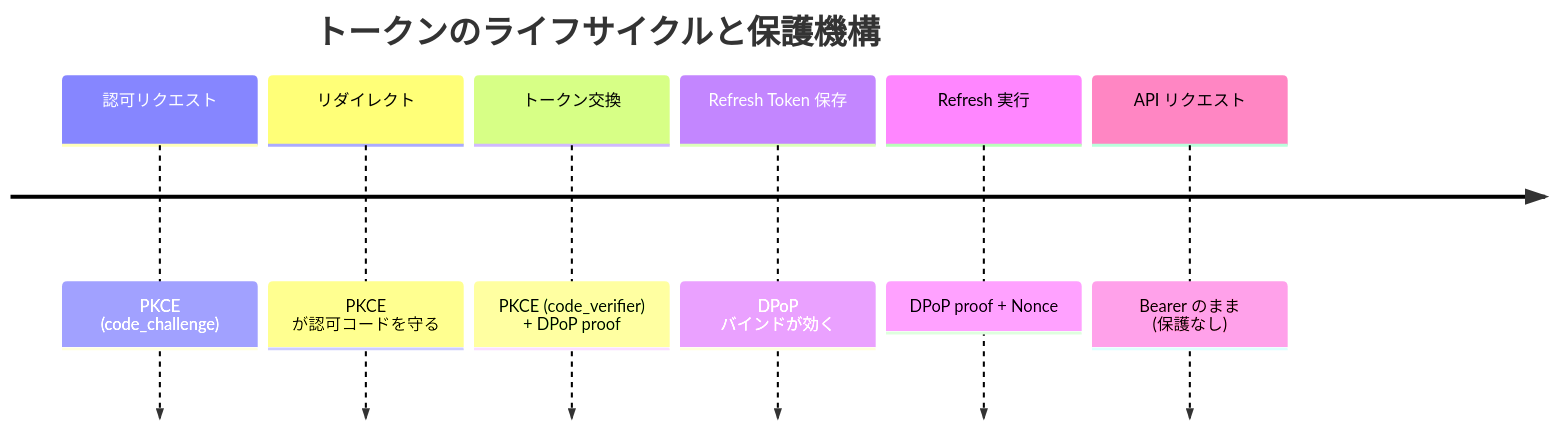
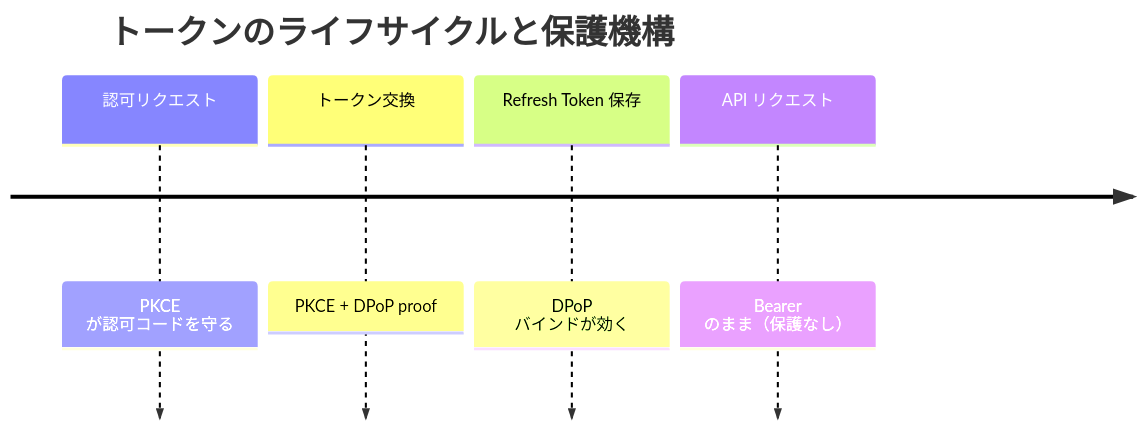
Before and after one commit to hirorogo/slides: the second of 2 diagrams in slides/slides/Google OAuthがDPoPに対応したらしいので検証してみる/draft.md, drawn with Mermaid. The commit also changed other lines of this file, not shown here.

````diff
--- a/slides/slides/Google OAuthがDPoPに対応したらしいので検証してみる/draft.md
+++ b/slides/slides/Google OAuthがDPoPに対応したらしいので検証してみる/draft.md
@@ -659,10 +341,8 @@
 ```mermaid
 timeline
     title トークンのライフサイクルと保護機構
-    認可リクエスト : PKCE (code_challenge)
-    リダイレクト : PKCE が認可コードを守る
-    トークン交換 : PKCE (code_verifier) + DPoP proof
+    認可リクエスト : PKCE が認可コードを守る
+    トークン交換 : PKCE + DPoP proof
     Refresh Token 保存 : DPoP バインドが効く
-    Refresh 実行 : DPoP proof + Nonce
-    API リクエスト : Bearer のまま (保護なし)
+    API リクエスト : Bearer のまま（保護なし）
 ```
````
